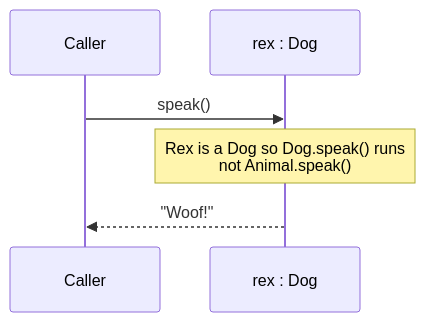
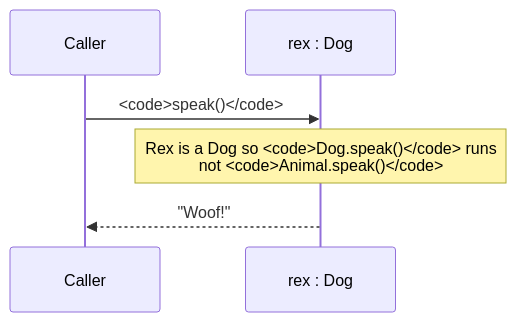
One commit to dataslope/dataslope changed the third of 5 diagrams in content/courses/oop-blueprint-java/inheritance.mdx. Above: the diagram before and after it, drawn with Mermaid. The commit also changed 65 other files, not shown here.

First line of the commit message:
Set code in every mermaid label in the mono face

````diff
--- a/content/courses/oop-blueprint-java/inheritance.mdx
+++ b/content/courses/oop-blueprint-java/inheritance.mdx
@@ -155,8 +155,8 @@
 ```mermaid
 sequenceDiagram
     participant Caller
     participant Rex as rex : Dog
-    Caller->>Rex: speak()
-    Note over Rex: Rex is a Dog so Dog.speak() runs<br/>not Animal.speak()
+    Caller->>Rex: <code>speak()</code>
+    Note over Rex: Rex is a Dog so <code>Dog.speak()</code> runs<br/>not <code>Animal.speak()</code>
     Rex-->>Caller: "Woof!"
 ```
````
